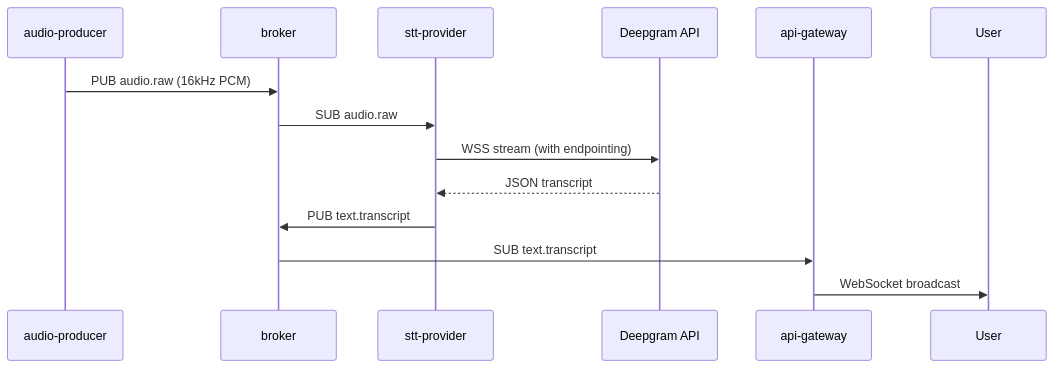
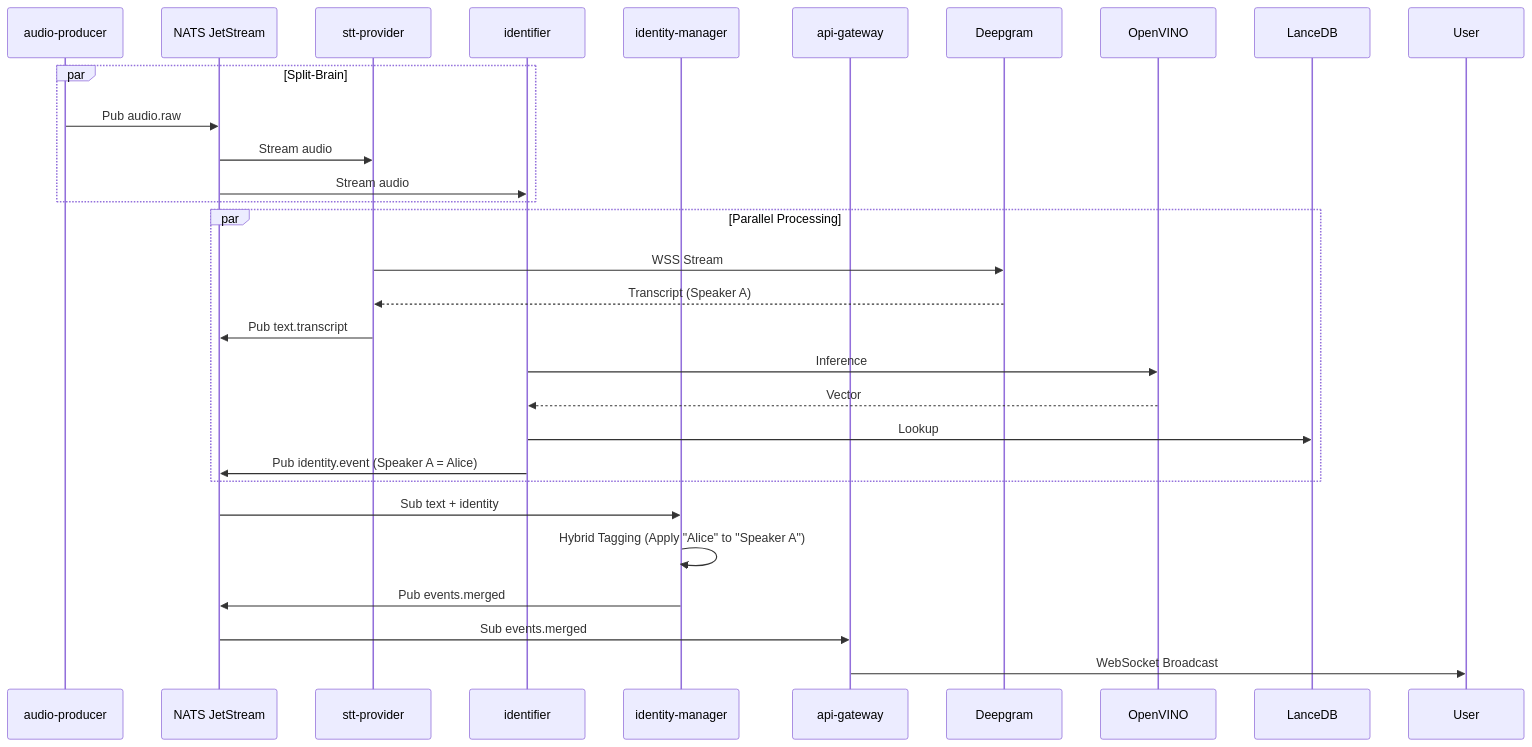
One commit to TomDakan/LiveSTT changed the third of 3 diagrams in docs/20_architecture/architecture_definition.md. Above: the diagram before and after it, drawn with Mermaid. The commit also changed other lines of this file and 25 other files, not shown here.

Commit message:
docs: update project documentation for v7.3 Industrial Split-Brain architecture

````diff
--- a/docs/20_architecture/architecture_definition.md
+++ b/docs/20_architecture/architecture_definition.md
@@ -101,17 +89,32 @@
 ```mermaid
 sequenceDiagram
     participant Mic as audio-producer
-    participant Broker as broker
+    participant NATS as NATS JetStream
     participant STT as stt-provider
-    participant DG as Deepgram API
+    participant ID as identifier
+    participant Zip as identity-manager
     participant UI as api-gateway
-    participant User
 
-    Mic->>Broker: PUB audio.raw (16kHz PCM)
-    Broker->>STT: SUB audio.raw
-    STT->>DG: WSS stream (with endpointing)
-    DG-->>STT: JSON transcript
-    STT->>Broker: PUB text.transcript
-    Broker->>UI: SUB text.transcript
-    UI->>User: WebSocket broadcast
+    par Split-Brain
+        Mic->>NATS: Pub audio.raw
+        NATS->>STT: Stream audio
+        NATS->>ID: Stream audio
+    end
+
+    par Parallel Processing
+        STT->>Deepgram: WSS Stream
+        Deepgram-->>STT: Transcript (Speaker A)
+        STT->>NATS: Pub text.transcript
+        
+        ID->>OpenVINO: Inference
+        OpenVINO-->>ID: Vector
+        ID->>LanceDB: Lookup
+        ID->>NATS: Pub identity.event (Speaker A = Alice)
+    end
+
+    NATS->>Zip: Sub text + identity
+    Zip->>Zip: Hybrid Tagging (Apply "Alice" to "Speaker A")
+    Zip->>NATS: Pub events.merged
+    NATS->>UI: Sub events.merged
+    UI->>User: WebSocket Broadcast
 ```
````
